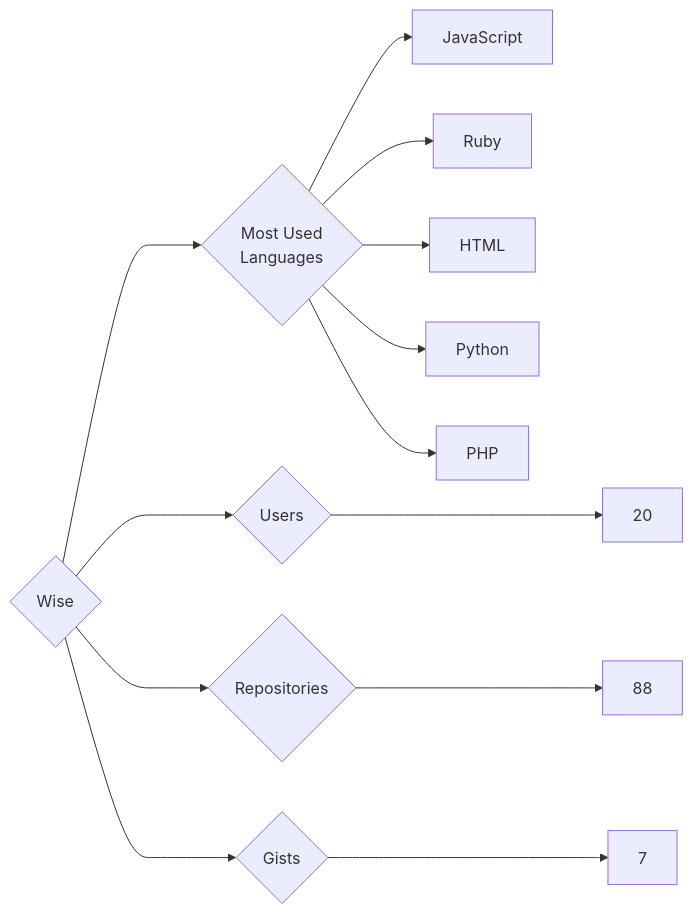
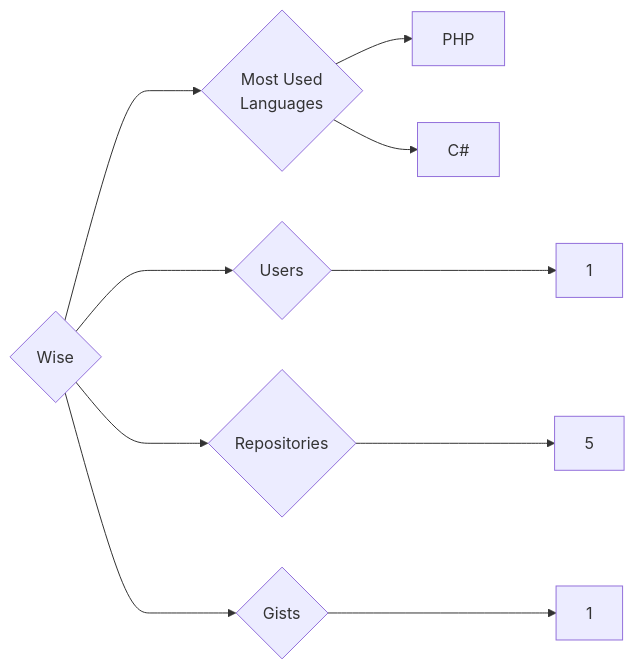
One commit to trickest/insiders changed the diagram in targets/Wise/README.md. Above: the diagram before and after it, drawn with Mermaid. The commit also changed 597 other files, not shown here.

````diff
--- a/targets/Wise/README.md
+++ b/targets/Wise/README.md
@@ -3,13 +3,10 @@
 ```mermaid
 graph LR
 COMPANY_NAME{Wise}
-COMPANY_NAME ---> U{Users} ---> UN[20]
-COMPANY_NAME ---> R{Repositories} ---> RN[88]
-COMPANY_NAME ---> G{Gists} ---> GN[7]
+COMPANY_NAME ---> U{Users} ---> UN[1]
+COMPANY_NAME ---> R{Repositories} ---> RN[5]
+COMPANY_NAME ---> G{Gists} ---> GN[1]
 COMPANY_NAME ---> ML{Most Used<br>Languages}
-ML --> JavaScript[JavaScript]
-ML --> Ruby[Ruby]
-ML --> HTML[HTML]
-ML --> Python[Python]
 ML --> PHP[PHP]
+ML --> C#[C#]
 ```
````
